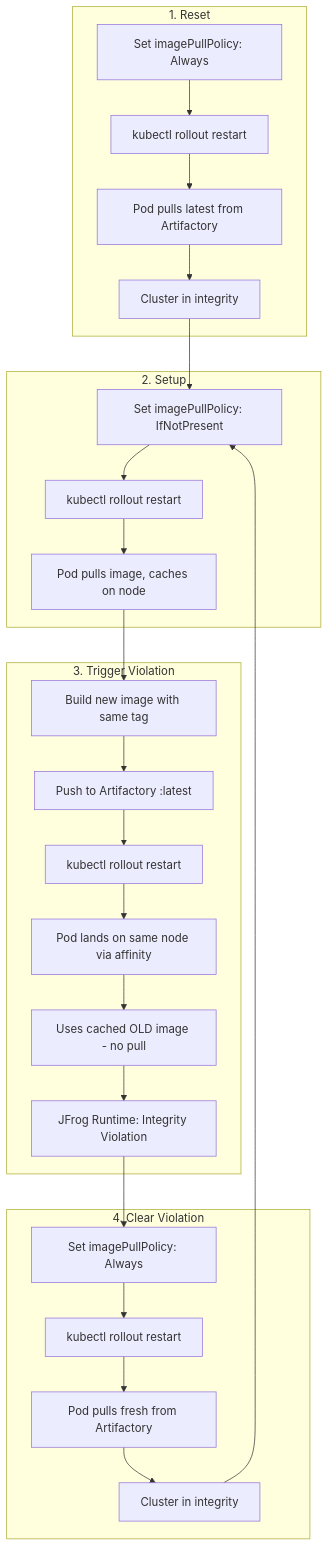
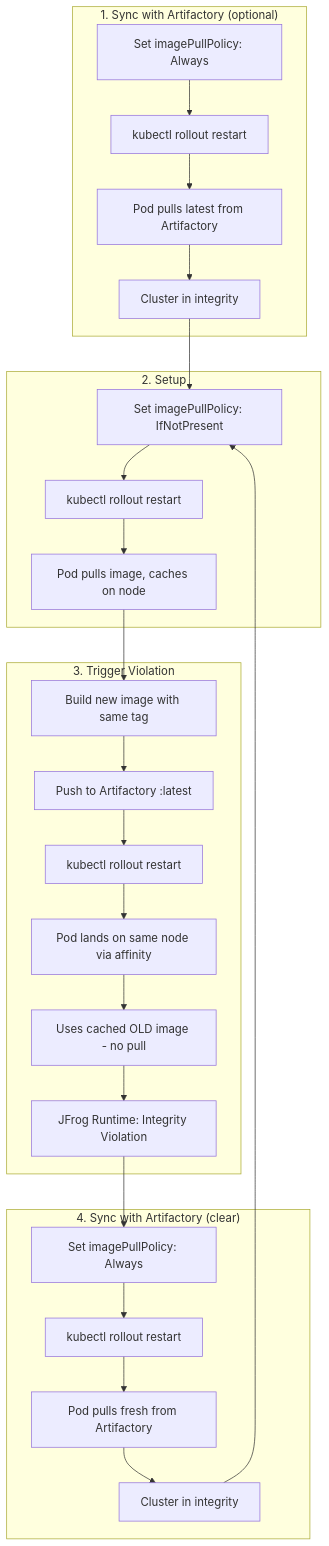
The diagram in docs/integrity-violation-workflow.mmd (tomjfrog/runtime-demo), drawn with Mermaid before and after one commit. The commit also changed 3 other files, not shown here.

```diff
--- a/docs/integrity-violation-workflow.mmd
+++ b/docs/integrity-violation-workflow.mmd
@@ -1,30 +1,30 @@
 flowchart TB
-    subgraph Reset["1. Reset"]
+    subgraph Sync1["1. Sync with Artifactory (optional)"]
         A1[Set imagePullPolicy: Always] --> A2[kubectl rollout restart]
         A2 --> A3[Pod pulls latest from Artifactory]
         A3 --> A4[Cluster in integrity]
     end
 
     subgraph Setup["2. Setup"]
         B1[Set imagePullPolicy: IfNotPresent] --> B2[kubectl rollout restart]
         B2 --> B3[Pod pulls image, caches on node]
     end
 
     subgraph Trigger["3. Trigger Violation"]
         C1[Build new image with same tag] --> C2[Push to Artifactory :latest]
         C2 --> C3[kubectl rollout restart]
         C3 --> C4[Pod lands on same node via affinity]
         C4 --> C5[Uses cached OLD image - no pull]
         C5 --> C6[JFrog Runtime: Integrity Violation]
     end
 
-    subgraph Clear["4. Clear Violation"]
+    subgraph Sync2["4. Sync with Artifactory (clear)"]
         D1[Set imagePullPolicy: Always] --> D2[kubectl rollout restart]
         D2 --> D3[Pod pulls fresh from Artifactory]
         D3 --> D4[Cluster in integrity]
     end
 
     A4 --> B1
     B3 --> C1
     C6 --> D1
     D4 --> B1
```
